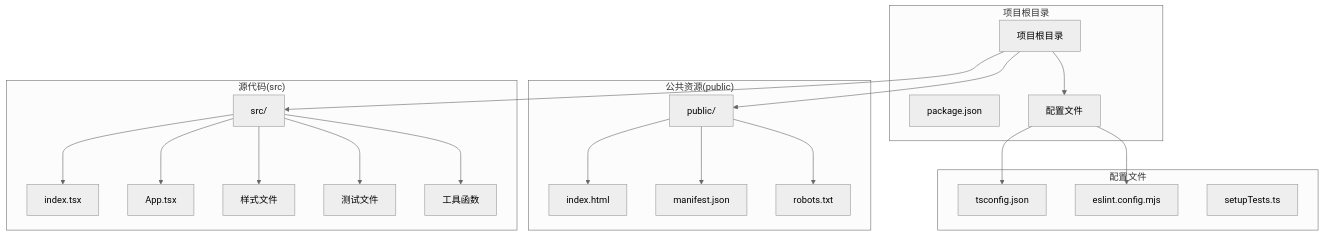
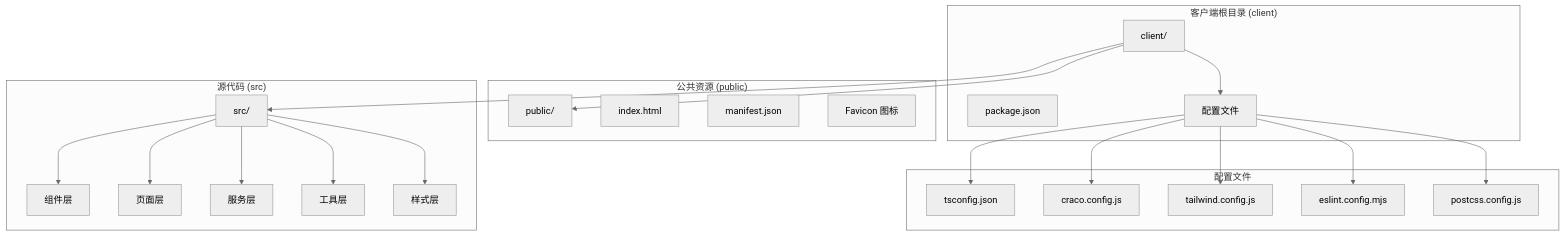
One commit to kkxxll/reactNext changed the second of 16 diagrams in .qoder/repowiki/zh/content/项目结构/项目结构.md. Above: the diagram before and after it, drawn with Mermaid (neutral theme). The commit also changed other lines of this file and 12 other files, not shown here.

````diff
--- a/.qoder/repowiki/zh/content/项目结构/项目结构.md
+++ b/.qoder/repowiki/zh/content/项目结构/项目结构.md
@@ -41,40 +102,42 @@
 ```mermaid
 graph TB
-subgraph "项目根目录"
-Root[项目根目录]
-Package[package.json]
-Config[配置文件]
+subgraph "客户端根目录 (client)"
+ClientRoot[client/]
+ClientPkg[package.json]
+ClientConfig[配置文件]
 end
-subgraph "公共资源(public)"
+subgraph "公共资源 (public)"
 Public[public/]
 HTML[index.html]
 Manifest[manifest.json]
-Robots[robots.txt]
+Favicon[Favicon 图标]
 end
-subgraph "源代码(src)"
+subgraph "源代码 (src)"
 Src[src/]
-Index[index.tsx]
-App[App.tsx]
-Styles[样式文件]
-Tests[测试文件]
-Utils[工具函数]
+Components[组件层]
+Pages[页面层]
+Services[服务层]
+Utils[工具层]
+Styles[样式层]
 end
 subgraph "配置文件"
 TSConfig[tsconfig.json]
+Craco[craco.config.js]
+Tailwind[tailwind.config.js]
 ESLint[eslint.config.mjs]
-Setup[setupTests.ts]
+PostCSS[postcss.config.js]
 end
-Root --> Public
-Root --> Src
-Root --> Config
-Config --> TSConfig
-Config --> ESLint
-Src --> Index
-Src --> App
+ClientRoot --> Public
+ClientRoot --> Src
+ClientRoot --> ClientConfig
+Src --> Components
+Src --> Pages
+Src --> Services
+Src --> Utils
 Src --> Styles
-Src --> Tests
-Src --> Utils
-Public --> HTML
-Public --> Manifest
-Public --> Robots
+ClientConfig --> TSConfig
+ClientConfig --> Craco
+ClientConfig --> Tailwind
+ClientConfig --> ESLint
+ClientConfig --> PostCSS
 ```
````
